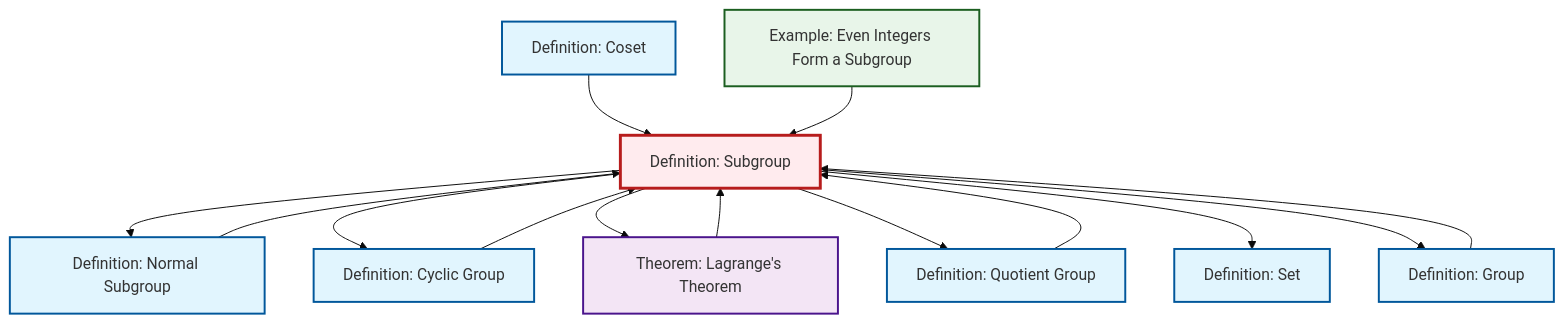
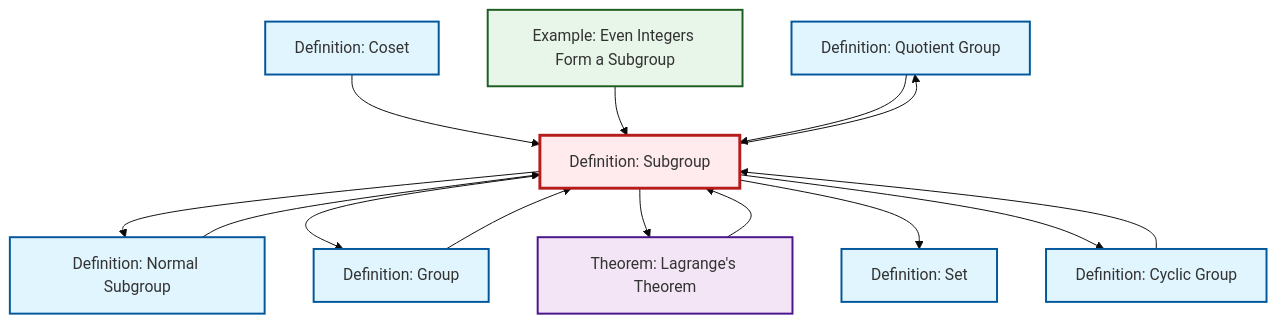
One commit to RK0429/ModernMath changed the diagram in content/en/algebra/def-subgroup.qmd. Above: the diagram before and after it, drawn with Mermaid (base theme). The commit also changed other lines of this file and 474 other files, not shown here.

````diff
--- a/content/en/algebra/def-subgroup.qmd
+++ b/content/en/algebra/def-subgroup.qmd
@@ -52,40 +52,40 @@
 ```{mermaid}
 %%| fig-cap: "Local dependency graph"
 graph TD
     classDef definition fill:#e1f5fe,stroke:#01579b,stroke-width:2px
     classDef theorem fill:#f3e5f5,stroke:#4a148c,stroke-width:2px
     classDef axiom fill:#fff3e0,stroke:#e65100,stroke-width:2px
     classDef example fill:#e8f5e9,stroke:#1b5e20,stroke-width:2px
     classDef current fill:#ffebee,stroke:#b71c1c,stroke-width:3px
+    def-quotient-group["Definition: Quotient Group"]:::definition
     def-set["Definition: Set"]:::definition
+    def-cyclic-group["Definition: Cyclic Group"]:::definition
+    thm-lagrange["Theorem: Lagrange's Theorem"]:::theorem
     def-coset["Definition: Coset"]:::definition
+    def-normal-subgroup["Definition: Normal Subgroup"]:::definition
+    ex-even-integers-subgroup["Example: Even Integers Form a Subgroup"]:::example
     def-group["Definition: Group"]:::definition
-    def-normal-subgroup["Definition: Normal Subgroup"]:::definition
-    def-quotient-group["Definition: Quotient Group"]:::definition
-    thm-lagrange["Theorem: Lagrange's Theorem"]:::theorem
-    ex-even-integers-subgroup["Example: Even Integers Form a Subgroup"]:::example
-    def-cyclic-group["Definition: Cyclic Group"]:::definition
     def-subgroup["Definition: Subgroup"]:::definition
+    def-subgroup --> def-quotient-group
+    thm-lagrange --> def-subgroup
+    def-coset --> def-subgroup
+    def-normal-subgroup --> def-subgroup
+    ex-even-integers-subgroup --> def-subgroup
+    def-cyclic-group --> def-subgroup
+    def-quotient-group --> def-subgroup
+    def-group --> def-subgroup
     def-subgroup --> def-normal-subgroup
-    def-coset --> def-subgroup
+    def-subgroup --> def-group
+    def-subgroup --> thm-lagrange
+    def-subgroup --> def-set
     def-subgroup --> def-cyclic-group
-    def-group --> def-subgroup
-    def-cyclic-group --> def-subgroup
-    def-subgroup --> thm-lagrange
-    thm-lagrange --> def-subgroup
-    def-quotient-group --> def-subgroup
-    def-normal-subgroup --> def-subgroup
-    def-subgroup --> def-quotient-group
-    ex-even-integers-subgroup --> def-subgroup
-    def-subgroup --> def-set
-    def-subgroup --> def-group
     class def-subgroup current
+    click def-quotient-group "def-quotient-group.html" "Go to Quotient Group definition"
     click def-set "def-set.html" "Go to Set definition"
+    click def-cyclic-group "def-cyclic-group.html" "Go to Cyclic Group definition"
+    click thm-lagrange "thm-lagrange.html" "Go to Lagrange's Theorem theorem"
     click def-coset "def-coset.html" "Go to Coset definition"
+    click def-normal-subgroup "def-normal-subgroup.html" "Go to Normal Subgroup definition"
+    click ex-even-integers-subgroup "ex-even-integers-subgroup.html" "Go to Even Integers Form a Subgroup example"
     click def-group "def-group.html" "Go to Group definition"
-    click def-normal-subgroup "def-normal-subgroup.html" "Go to Normal Subgroup definition"
-    click def-quotient-group "def-quotient-group.html" "Go to Quotient Group definition"
-    click thm-lagrange "thm-lagrange.html" "Go to Lagrange's Theorem theorem"
-    click ex-even-integers-subgroup "ex-even-integers-subgroup.html" "Go to Even Integers Form a Subgroup example"
-    click def-cyclic-group "def-cyclic-group.html" "Go to Cyclic Group definition"
 ```
````
